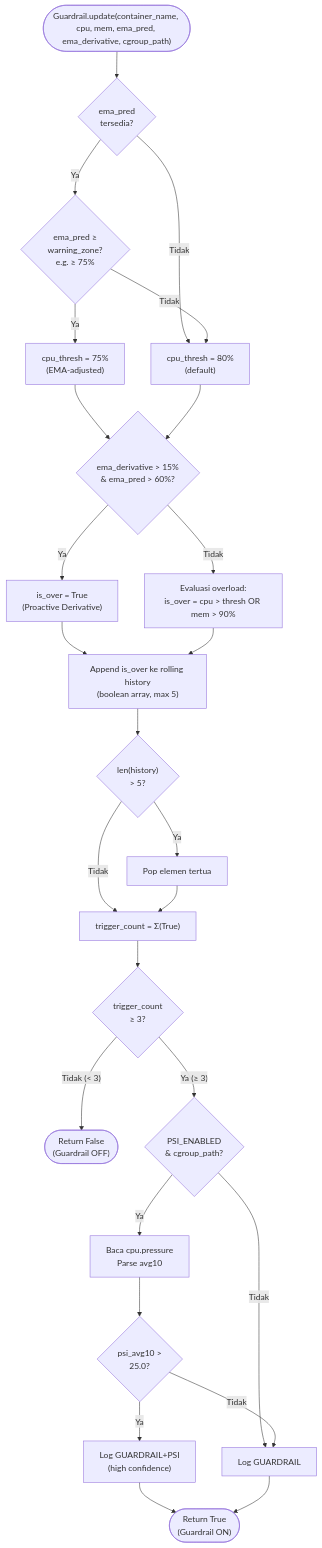
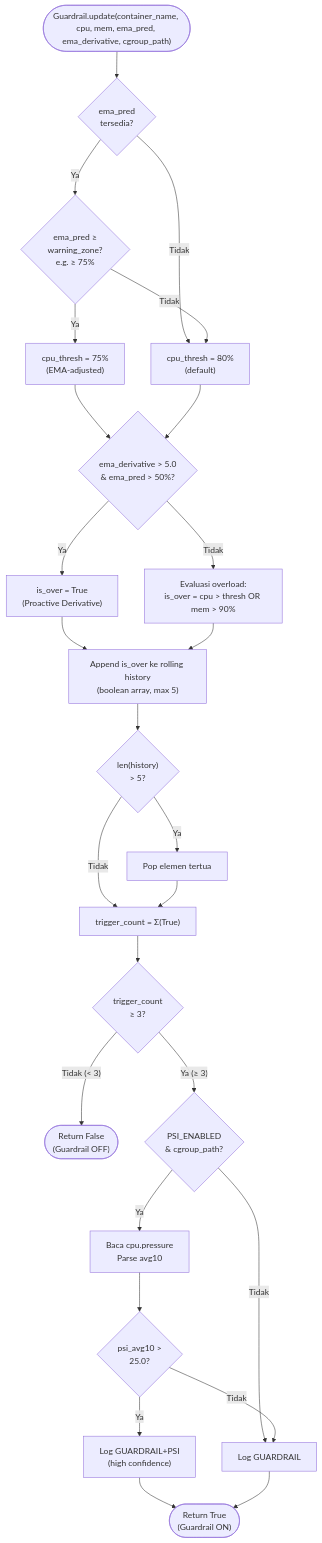
Before and after one commit to fauzanreza/green-container-framework: the first of 2 diagrams in architecture-diagrams/layer-3-control/01_guardrail.md, drawn with Mermaid. The commit also changed other lines of this file and 21 other files, not shown here.

````diff
--- a/architecture-diagrams/layer-3-control/01_guardrail.md
+++ b/architecture-diagrams/layer-3-control/01_guardrail.md
@@ -9,65 +9,65 @@
 ```mermaid
 flowchart TD
     START(["Guardrail.update(container_name, cpu, mem, ema_pred, ema_derivative, cgroup_path)"])
 
     EMA_CHECK{"ema_pred<br/>tersedia?"}
     
     EMA_ZONE{"ema_pred ≥<br/>warning_zone?<br/>e.g. ≥ 75%"}
     LOWER_THRESH["cpu_thresh = 75%<br/>(EMA-adjusted)"]
     NORMAL_THRESH["cpu_thresh = 80%<br/>(default)"]
 
-    DERIV_CHECK{"ema_derivative > 15%<br/>& ema_pred > 60%?"}
+    DERIV_CHECK{"ema_derivative > 5.0<br/>& ema_pred > 50%?"}
     DERIV_TRUE["is_over = True<br/>(Proactive Derivative)"]
     EVAL_OVER["Evaluasi overload:<br/>is_over = cpu > thresh OR mem > 90%"]
 
     APPEND["Append is_over ke rolling history<br/>(boolean array, max 5)"]
 
     TRIM{"len(history)<br/>> 5?"}
     POP["Pop elemen tertua"]
 
     COUNT["trigger_count = Σ(True)"]
 
     TRIGGERED{"trigger_count<br/>≥ 3?"}
 
     NOT_TRIGGERED(["Return False<br/>(Guardrail OFF)"])
 
     CHECK_PSI{"PSI_ENABLED<br/>& cgroup_path?"}
     READ_PSI["Baca cpu.pressure<br/>Parse avg10"]
     PSI_HIGH{"psi_avg10 ><br/>25.0?"}
     PSI_ELEVATED["Log GUARDRAIL+PSI<br/>(high confidence)"]
     PSI_NORMAL["Log GUARDRAIL"]
 
     RETURN_TRUE(["Return True<br/>(Guardrail ON)"])
 
     START --> EMA_CHECK
     EMA_CHECK -->|Tidak| NORMAL_THRESH
     EMA_CHECK -->|Ya| EMA_ZONE
     EMA_ZONE -->|Ya| LOWER_THRESH
     EMA_ZONE -->|Tidak| NORMAL_THRESH
 
     LOWER_THRESH --> DERIV_CHECK
     NORMAL_THRESH --> DERIV_CHECK
 
     DERIV_CHECK -->|Ya| DERIV_TRUE
     DERIV_CHECK -->|Tidak| EVAL_OVER
     
     DERIV_TRUE --> APPEND
     EVAL_OVER --> APPEND
     APPEND --> TRIM
     TRIM -->|Ya| POP
     TRIM -->|Tidak| COUNT
     POP --> COUNT
 
     COUNT --> TRIGGERED
     TRIGGERED -->|"Tidak (< 3)"| NOT_TRIGGERED
     TRIGGERED -->|"Ya (≥ 3)"| CHECK_PSI
 
     CHECK_PSI -->|Tidak| PSI_NORMAL
     CHECK_PSI -->|Ya| READ_PSI
     READ_PSI --> PSI_HIGH
     PSI_HIGH -->|Ya| PSI_ELEVATED
     PSI_HIGH -->|Tidak| PSI_NORMAL
 
     PSI_ELEVATED --> RETURN_TRUE
     PSI_NORMAL --> RETURN_TRUE
 ```
````
